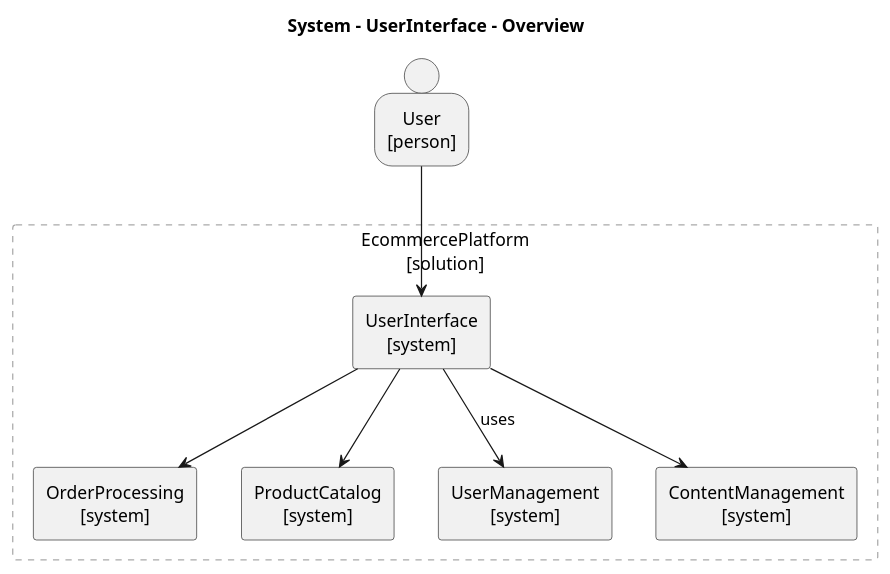
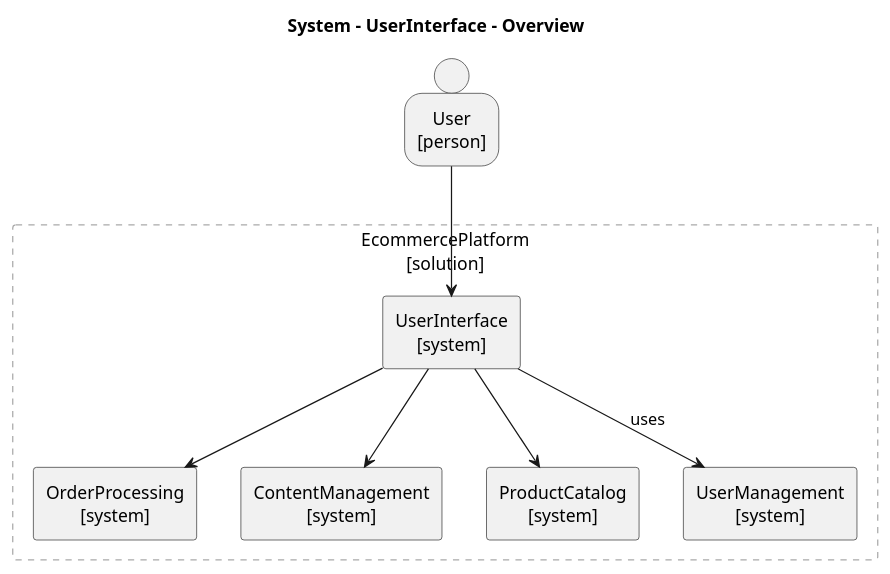
Before and after one commit to tmorin/archicode: the diagram in src/doc/examples/design_example_step_3/views/plantuml/application/EcommercePlatform.UserInterface_overview.puml, drawn with PlantUML. The commit also changed other lines of this file and 37 other files, not shown here.

```diff
--- a/src/doc/examples/design_example_step_3/views/plantuml/application/EcommercePlatform.UserInterface_overview.puml
+++ b/src/doc/examples/design_example_step_3/views/plantuml/application/EcommercePlatform.UserInterface_overview.puml
@@ -1,47 +1,47 @@
 @startuml EcommercePlatform.UserInterface_overview
 title System - UserInterface - Overview
 skinparam defaultTextAlignment center
 skinparam defaultTextAlignment<<atomic>> center
 skinparam wrapWidth 200
 skinparam maxMessageSize 150
 hide stereotype
 <style>
 .composite {
 BackgroundColor: transparent
 LineColor: darkgray
 LineStyle: 5
 FontStyle: normal
 }
 </style>
 person User <<atomic>> <<person>> [
 User
 [person]
 ]
 rectangle EcommercePlatform as "EcommercePlatform\n[solution]" <<composite>> {
 rectangle EcommercePlatform.OrderProcessing <<system>> <<atomic>> [
 OrderProcessing
 [system]
 ]
+rectangle EcommercePlatform.ContentManagement <<system>> <<atomic>> [
+ContentManagement
+[system]
+]
 rectangle EcommercePlatform.ProductCatalog <<system>> <<atomic>> [
 ProductCatalog
+[system]
+]
+rectangle EcommercePlatform.UserManagement <<system>> <<atomic>> [
+UserManagement
 [system]
 ]
 rectangle EcommercePlatform.UserInterface <<system>> <<atomic>> [
 UserInterface
 [system]
 ]
-rectangle EcommercePlatform.UserManagement <<system>> <<atomic>> [
-UserManagement
-[system]
-]
-rectangle EcommercePlatform.ContentManagement <<system>> <<atomic>> [
-ContentManagement
-[system]
-]
 }
 EcommercePlatform.UserInterface --> EcommercePlatform.ContentManagement
+EcommercePlatform.UserInterface --> EcommercePlatform.OrderProcessing
+EcommercePlatform.UserInterface --> EcommercePlatform.UserManagement : uses
 User --> EcommercePlatform.UserInterface
-EcommercePlatform.UserInterface --> EcommercePlatform.UserManagement : uses
-EcommercePlatform.UserInterface --> EcommercePlatform.OrderProcessing
 EcommercePlatform.UserInterface --> EcommercePlatform.ProductCatalog
 @enduml
```
